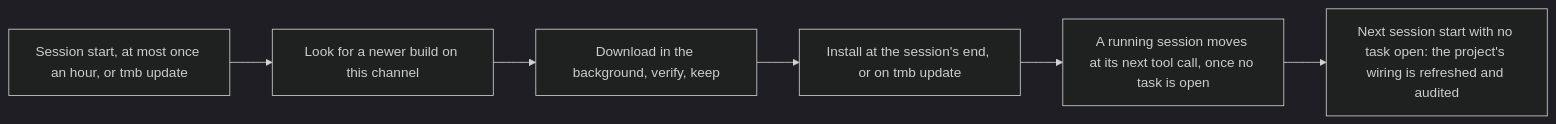
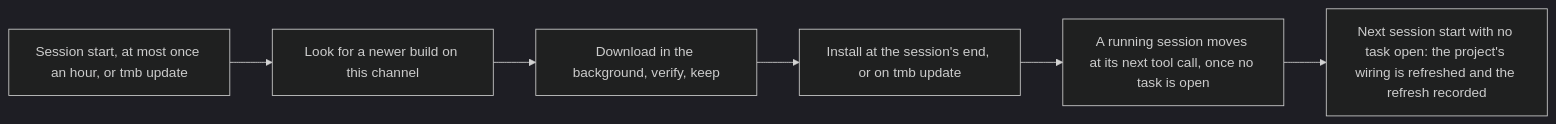
One commit to trustmybot/tmb changed the third of 25 diagrams in docs/flows/FLOWS.md. Above: the diagram before and after it, drawn with Mermaid (dark theme). The commit also changed other lines of this file and 9 other files, not shown here.

````diff
--- a/docs/flows/FLOWS.md
+++ b/docs/flows/FLOWS.md
@@ -81,8 +81,8 @@
 ```mermaid
 flowchart LR
     A["Session start, at most once an hour, or tmb update"] --> B["Look for a newer build on this channel"]
     B --> C["Download in the background, verify, keep"]
     C --> D["Install at the session's end, or on tmb update"]
     D --> E["A running session moves at its next tool call, once no task is open"]
-    E --> F["Next session start with no task open: the project's wiring is refreshed and audited"]
+    E --> F["Next session start with no task open: the project's wiring is refreshed and the refresh recorded"]
 ```
````
